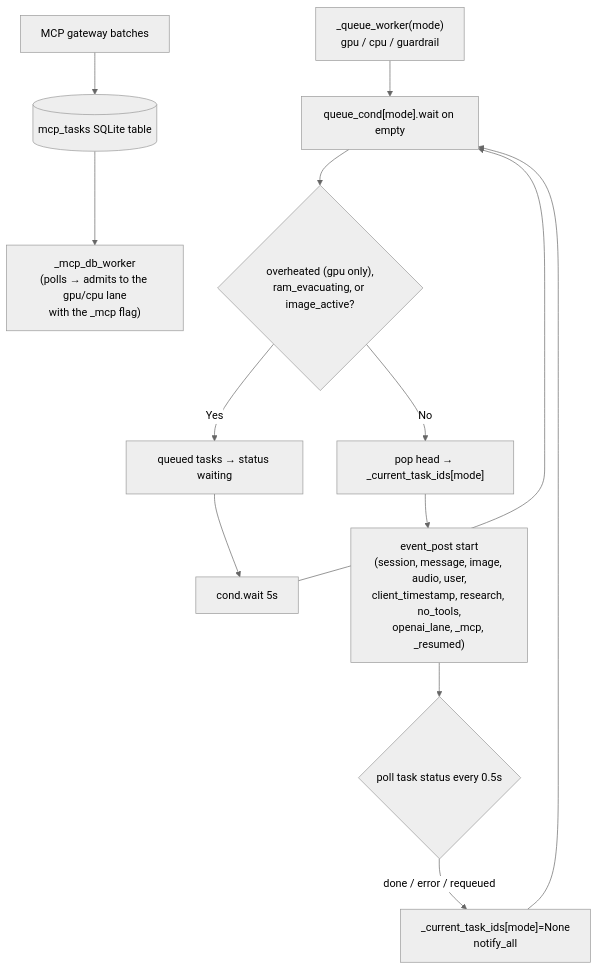
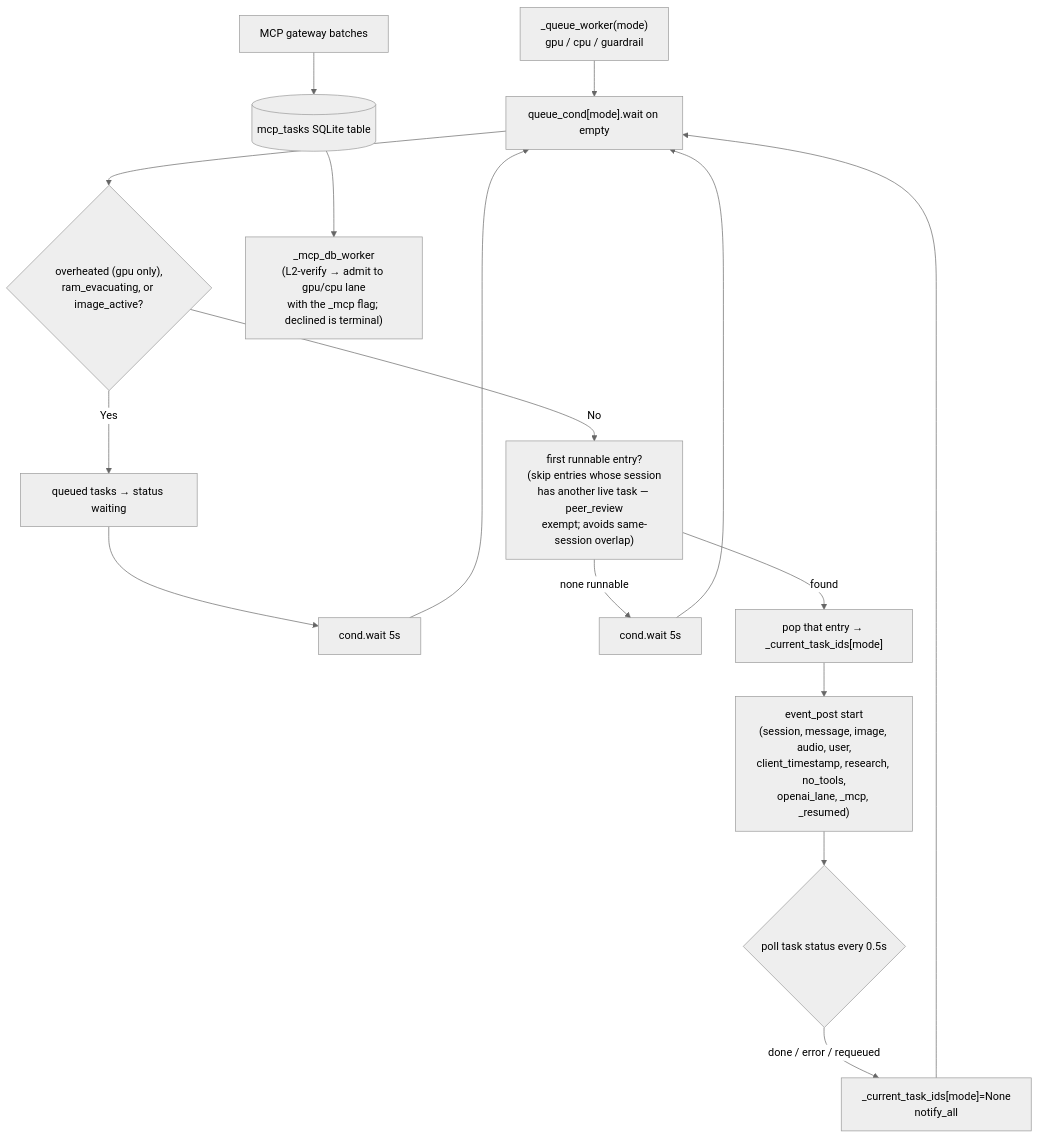
One commit to Palash90/local-ai changed the eighth of 13 diagrams in ARCHITECTURE.md. Above: the diagram before and after it, drawn with Mermaid (neutral theme). The commit also changed other lines of this file and 10 other files, not shown here.

````diff
--- a/ARCHITECTURE.md
+++ b/ARCHITECTURE.md
@@ -324,13 +324,15 @@
 ```mermaid
 graph TD
     E2["_queue_worker(mode)\ngpu / cpu / guardrail"] --> QueueLoop["queue_cond[mode].wait on empty"]
     QueueLoop --> PauseCheck{"overheated (gpu only),\nram_evacuating, or image_active?"}
     PauseCheck -- Yes --> MarkWaiting["queued tasks → status waiting"]
     MarkWaiting --> PauseWait["cond.wait 5s"] --> QueueLoop
-    PauseCheck -- No --> PopTask["pop head → _current_task_ids[mode]"]
-    PopTask --> PostStart["event_post start\n(session, message, image, audio, user,\nclient_timestamp, research, no_tools,\nopenai_lane, _mcp, _resumed)"]
-    PostStart --> TaskDoneWait{"poll task status every 0.5s"}
+     PauseCheck -- No --> SesScan["first runnable entry?\n(skip entries whose session\nhas another live task — peer_review\nexempt; avoids same-session overlap)"]
+     SesScan -- "none runnable" --> LaneWait["cond.wait 5s"] --> QueueLoop
+     SesScan -- "found" --> PopTask["pop that entry → _current_task_ids[mode]"]
+     PopTask --> PostStart["event_post start\n(session, message, image, audio, user,\nclient_timestamp, research, no_tools,\nopenai_lane, _mcp, _resumed)"]
+     PostStart --> TaskDoneWait{"poll task status every 0.5s"}
     TaskDoneWait -- "done / error / requeued" --> Clear["_current_task_ids[mode]=None\nnotify_all"] --> QueueLoop
 
-    MCP["MCP gateway batches"] --> DBQ[("mcp_tasks SQLite table")] --> MW["_mcp_db_worker\n(polls → admits to the gpu/cpu lane\nwith the _mcp flag)"]
+    MCP["MCP gateway batches"] --> DBQ[("mcp_tasks SQLite table")] --> MW["_mcp_db_worker\n(L2-verify → admit to gpu/cpu lane\nwith the _mcp flag; declined is terminal)"]
 ```
````
